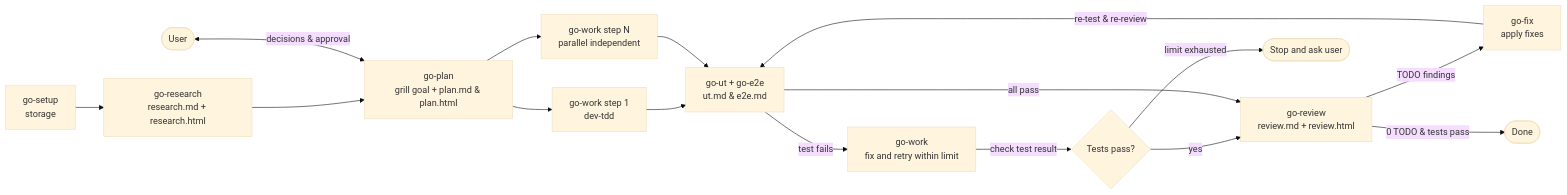
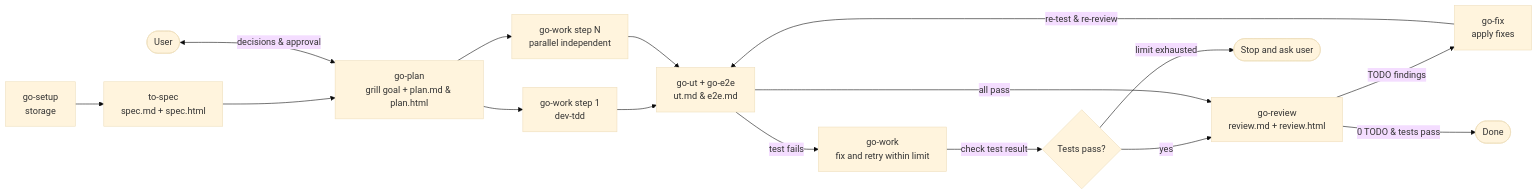
The diagram in skills/go-flow/SKILL.md (le0u0/just-do-it), drawn with Mermaid (base theme) before and after one commit. The commit also changed other lines of this file and 28 other files, not shown here.

First line of the commit message:
feat(spec)!: replace research with ticket specs

````diff
--- a/skills/go-flow/SKILL.md
+++ b/skills/go-flow/SKILL.md
@@ -12,18 +12,18 @@
 ```mermaid
 flowchart LR
-    S[go-setup<br/>storage] --> R[go-research<br/>research.md + research.html]
+    S[go-setup<br/>storage] --> R[to-spec<br/>spec.md + spec.html]
     R --> P[go-plan<br/>grill goal + plan.md & plan.html]
     U([User]) <-->|decisions & approval| P
     P --> W1[go-work step 1<br/>dev-tdd]
     P --> W2[go-work step N<br/>parallel independent]
     W1 --> T[go-ut + go-e2e<br/>ut.md & e2e.md]
     W2 --> T
     T -->|test fails| X[go-work<br/>fix and retry within limit]
     X -->|check test result| Q{Tests pass?}
     Q -->|yes| V
     Q -->|limit exhausted| Stop([Stop and ask user])
     T -->|all pass| V[go-review<br/>review.md + review.html]
     V -->|TODO findings| F[go-fix<br/>apply fixes]
     F -->|re-test & re-review| T
     V -->|0 TODO & tests pass| D([Done])
 ```
````
